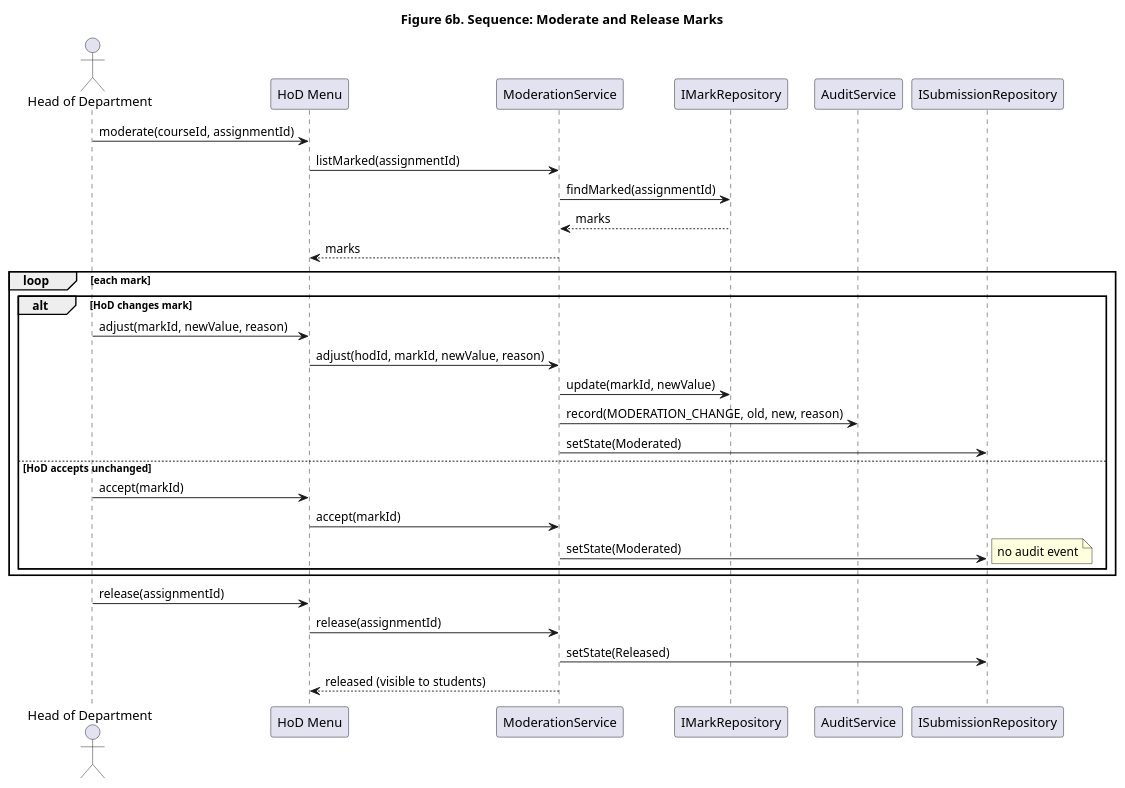
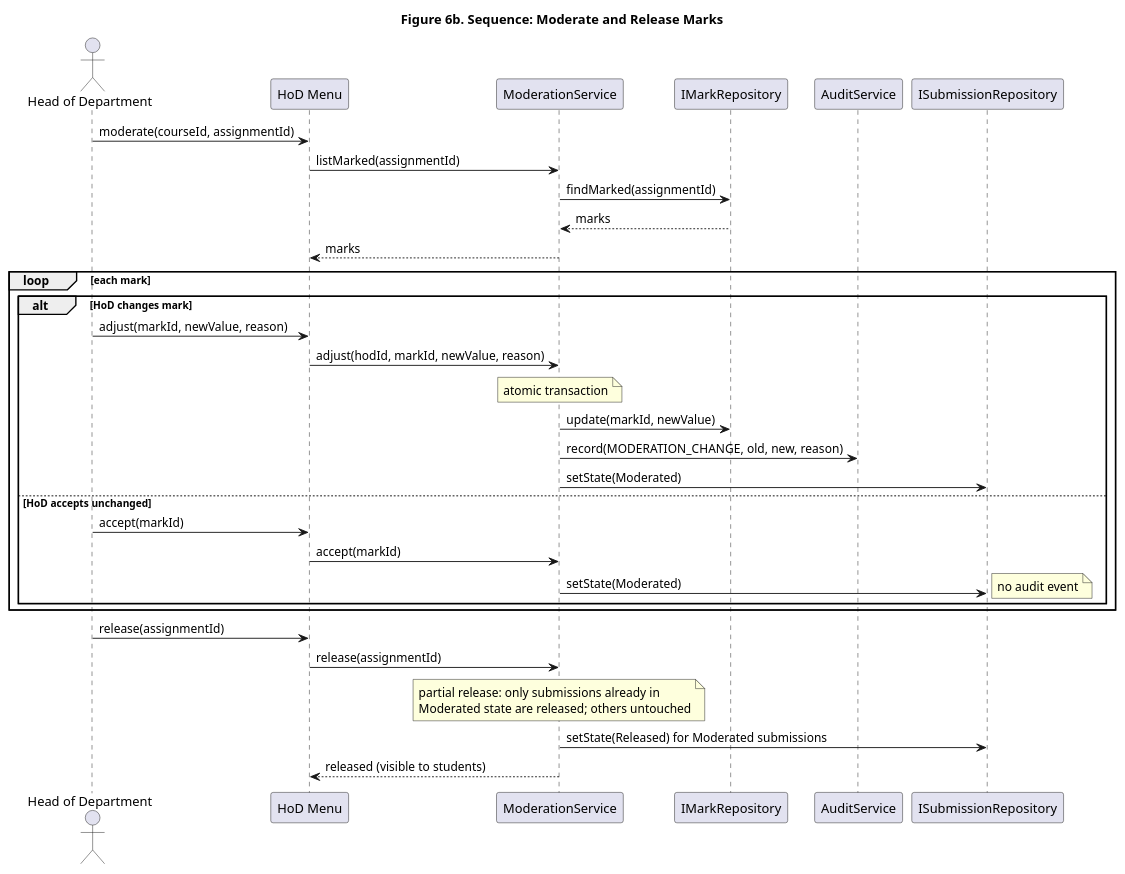
The diagram in assets/diagrams/sequence_moderate_release.puml (mwelipama/cs4433-moderated-lms), drawn with PlantUML before and after one commit. The commit also changed 20 other files, not shown here.

Commit message:
Gate 2 corrections: single release state, first-late-only rule, DB audit-reason enforcement, partial release plus atomic transactions, SQLite schema validation

```diff
--- a/assets/diagrams/sequence_moderate_release.puml
+++ b/assets/diagrams/sequence_moderate_release.puml
@@ -1,32 +1,37 @@
 @startuml
 title Figure 6b. Sequence: Moderate and Release Marks
 actor "Head of Department" as HoD
 participant "HoD Menu" as UI
 participant ModerationService as MOD
 participant IMarkRepository as MRepo
 participant AuditService as AUD
 participant ISubmissionRepository as SRepo
 HoD -> UI : moderate(courseId, assignmentId)
 UI -> MOD : listMarked(assignmentId)
 MOD -> MRepo : findMarked(assignmentId)
 MRepo --> MOD : marks
 MOD --> UI : marks
 loop each mark
   alt HoD changes mark
     HoD -> UI : adjust(markId, newValue, reason)
     UI -> MOD : adjust(hodId, markId, newValue, reason)
+    note over MOD : atomic transaction
     MOD -> MRepo : update(markId, newValue)
     MOD -> AUD : record(MODERATION_CHANGE, old, new, reason)
     MOD -> SRepo : setState(Moderated)
   else HoD accepts unchanged
     HoD -> UI : accept(markId)
     UI -> MOD : accept(markId)
     MOD -> SRepo : setState(Moderated)
     note right : no audit event
   end
 end
 HoD -> UI : release(assignmentId)
 UI -> MOD : release(assignmentId)
-MOD -> SRepo : setState(Released)
+note over MOD
+  partial release: only submissions already in
+  Moderated state are released; others untouched
+end note
+MOD -> SRepo : setState(Released) for Moderated submissions
 MOD --> UI : released (visible to students)
 @enduml
```
